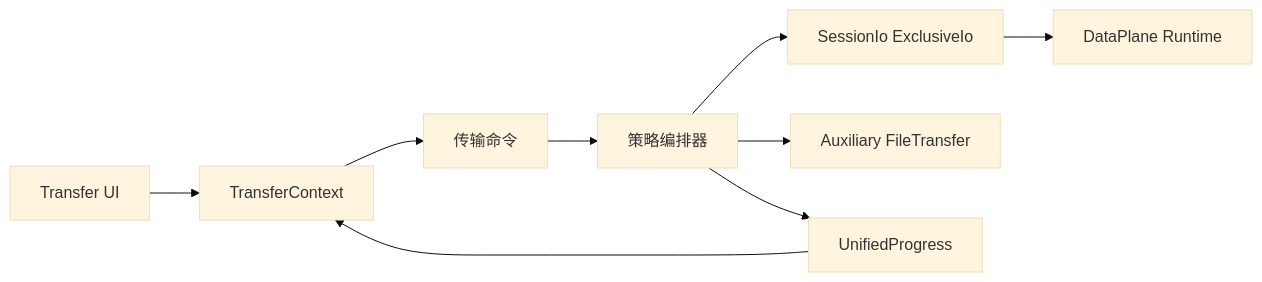
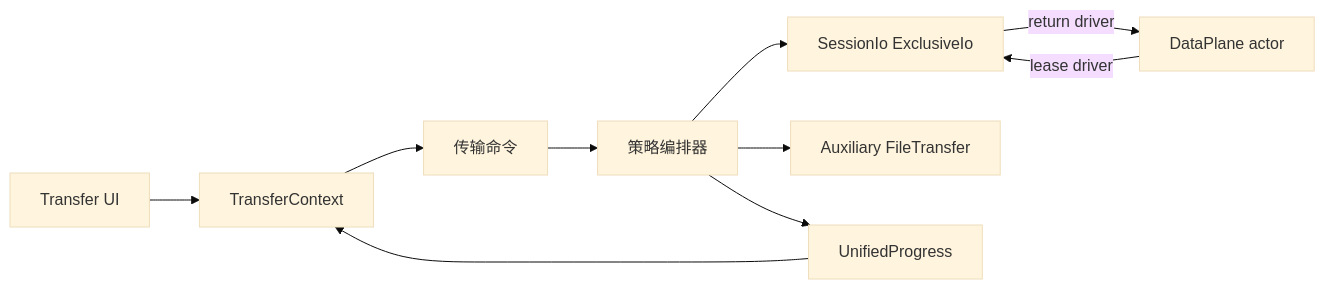
The diagram in docs/modules/TRANSFER.md (hamburger-os/TauTerm), drawn with Mermaid (base theme) before and after one commit. The commit also changed other lines of this file and 7 other files, not shown here.

First line of the commit message:
fix: lease physical serial driver for inline transfers (#161)

````diff
--- a/docs/modules/TRANSFER.md
+++ b/docs/modules/TRANSFER.md
@@ -29,11 +29,12 @@
 ```mermaid
 flowchart LR
   UI["Transfer UI"] --> Context["TransferContext"]
   Context --> Command["传输命令"]
   Command --> Orchestrator["策略编排器"]
   Orchestrator --> Inline["SessionIo ExclusiveIo"]
   Orchestrator --> Side["Auxiliary FileTransfer"]
   Orchestrator --> Progress["UnifiedProgress"]
-  Inline --> DP["DataPlane Runtime"]
+  DP["DataPlane actor"] -- "lease driver" --> Inline
+  Inline -- "return driver" --> DP
   Progress --> Context
 ```
````
